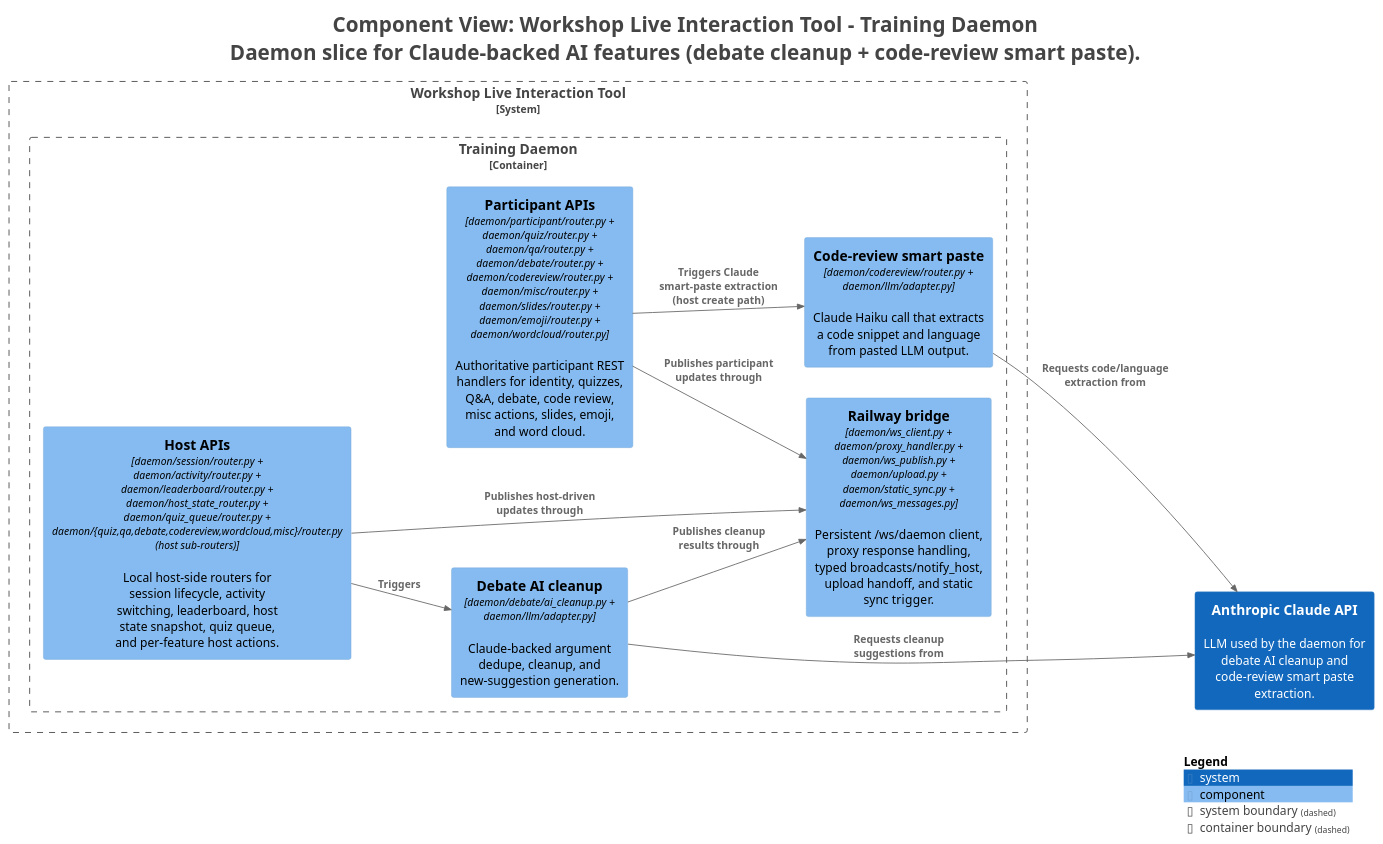
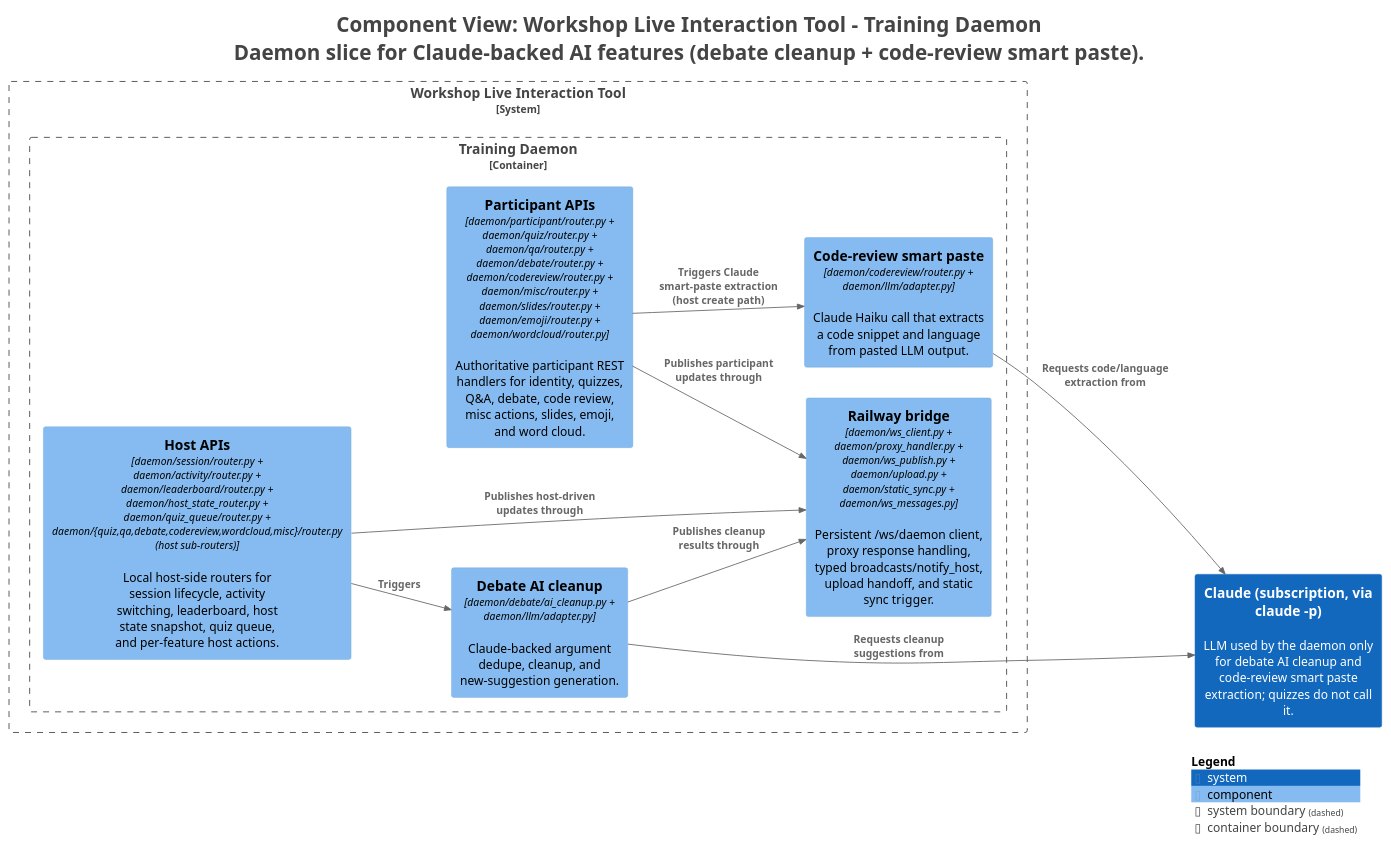
Before and after one commit to victorrentea/training-assistant: the diagram in docs/c4views/C3-Daemon-Ai.puml, drawn with PlantUML. The commit also changed 45 other files, not shown here.

```diff
--- a/docs/c4views/C3-Daemon-Ai.puml
+++ b/docs/c4views/C3-Daemon-Ai.puml
@@ -1,41 +1,41 @@
 @startuml
 title <size:24>Component View: Workshop Live Interaction Tool - Training Daemon</size>\n<size:24>Daemon slice for Claude-backed AI features (debate cleanup + code-review smart paste).</size>
 
 set separator none
 left to right direction
 
 <style>
   root {
     BackgroundColor: #ffffff
     FontColor: #444444
   }
 </style>
 
 !include <C4/C4>
 !include <C4/C4_Context>
 !include <C4/C4_Component>
 
-System(AnthropicClaudeAPI, "Anthropic Claude API", $descr="LLM used by the daemon for debate AI cleanup and code-review smart paste extraction.", $tags="", $link="")
+System(Claudesubscriptionviaclaudep, "Claude (subscription, via claude -p)", $descr="LLM used by the daemon only for debate AI cleanup and code-review smart paste extraction; quizzes do not call it.", $tags="", $link="")
 
 System_Boundary("WorkshopLiveInteractionTool_boundary", "Workshop Live Interaction Tool", $tags="") {
   Container_Boundary("WorkshopLiveInteractionTool.TrainingDaemon_boundary", "Training Daemon", $tags="") {
     Component(WorkshopLiveInteractionTool.TrainingDaemon.ParticipantAPIs, "Participant APIs", $techn="daemon/participant/router.py + daemon/quiz/router.py + daemon/qa/router.py + daemon/debate/router.py + daemon/codereview/router.py + daemon/misc/router.py + daemon/slides/router.py + daemon/emoji/router.py + daemon/wordcloud/router.py", $descr="Authoritative participant REST handlers for identity, quizzes, Q&A, debate, code review, misc actions, slides, emoji, and word cloud.", $tags="", $link="")
     Component(WorkshopLiveInteractionTool.TrainingDaemon.HostAPIs, "Host APIs", $techn="daemon/session/router.py + daemon/activity/router.py + daemon/leaderboard/router.py + daemon/host_state_router.py + daemon/quiz_queue/router.py + daemon/{quiz,qa,debate,codereview,wordcloud,misc}/router.py (host sub-routers)", $descr="Local host-side routers for session lifecycle, activity switching, leaderboard, host state snapshot, quiz queue, and per-feature host actions.", $tags="", $link="")
     Component(WorkshopLiveInteractionTool.TrainingDaemon.Railwaybridge, "Railway bridge", $techn="daemon/ws_client.py + daemon/proxy_handler.py + daemon/ws_publish.py + daemon/upload.py + daemon/static_sync.py + daemon/ws_messages.py", $descr="Persistent /ws/daemon client, proxy response handling, typed broadcasts/notify_host, upload handoff, and static sync trigger.", $tags="", $link="")
     Component(WorkshopLiveInteractionTool.TrainingDaemon.DebateAIcleanup, "Debate AI cleanup", $techn="daemon/debate/ai_cleanup.py + daemon/llm/adapter.py", $descr="Claude-backed argument dedupe, cleanup, and new-suggestion generation.", $tags="", $link="")
     Component(WorkshopLiveInteractionTool.TrainingDaemon.Codereviewsmartpaste, "Code-review smart paste", $techn="daemon/codereview/router.py + daemon/llm/adapter.py", $descr="Claude Haiku call that extracts a code snippet and language from pasted LLM output.", $tags="", $link="")
   }
 
 }
 
 Rel(WorkshopLiveInteractionTool.TrainingDaemon.ParticipantAPIs, WorkshopLiveInteractionTool.TrainingDaemon.Railwaybridge, "Publishes participant updates through", $techn="", $tags="", $link="")
 Rel(WorkshopLiveInteractionTool.TrainingDaemon.ParticipantAPIs, WorkshopLiveInteractionTool.TrainingDaemon.Codereviewsmartpaste, "Triggers Claude smart-paste extraction (host create path)", $techn="", $tags="", $link="")
 Rel(WorkshopLiveInteractionTool.TrainingDaemon.HostAPIs, WorkshopLiveInteractionTool.TrainingDaemon.Railwaybridge, "Publishes host-driven updates through", $techn="", $tags="", $link="")
 Rel(WorkshopLiveInteractionTool.TrainingDaemon.HostAPIs, WorkshopLiveInteractionTool.TrainingDaemon.DebateAIcleanup, "Triggers", $techn="", $tags="", $link="")
-Rel(WorkshopLiveInteractionTool.TrainingDaemon.DebateAIcleanup, AnthropicClaudeAPI, "Requests cleanup suggestions from", $techn="", $tags="", $link="")
+Rel(WorkshopLiveInteractionTool.TrainingDaemon.DebateAIcleanup, Claudesubscriptionviaclaudep, "Requests cleanup suggestions from", $techn="", $tags="", $link="")
 Rel(WorkshopLiveInteractionTool.TrainingDaemon.DebateAIcleanup, WorkshopLiveInteractionTool.TrainingDaemon.Railwaybridge, "Publishes cleanup results through", $techn="", $tags="", $link="")
-Rel(WorkshopLiveInteractionTool.TrainingDaemon.Codereviewsmartpaste, AnthropicClaudeAPI, "Requests code/language extraction from", $techn="", $tags="", $link="")
+Rel(WorkshopLiveInteractionTool.TrainingDaemon.Codereviewsmartpaste, Claudesubscriptionviaclaudep, "Requests code/language extraction from", $techn="", $tags="", $link="")
 
 SHOW_LEGEND(true)
 hide stereotypes
 @enduml
```
